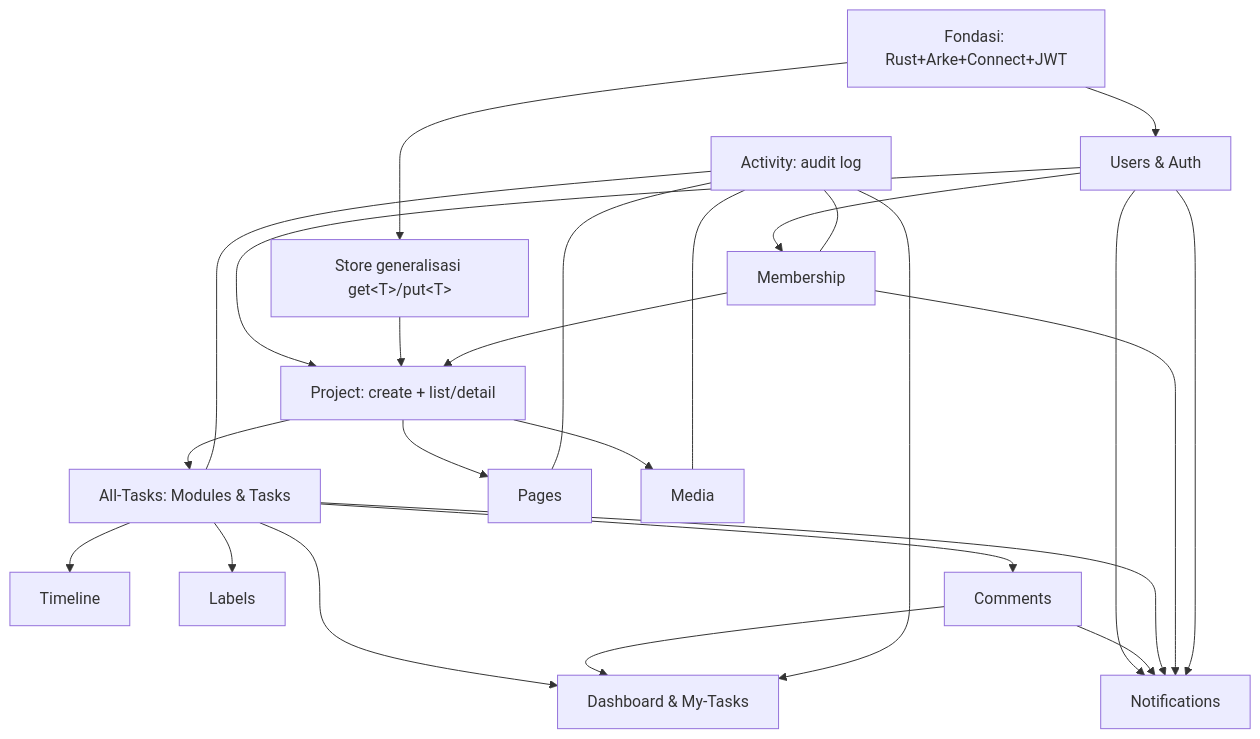
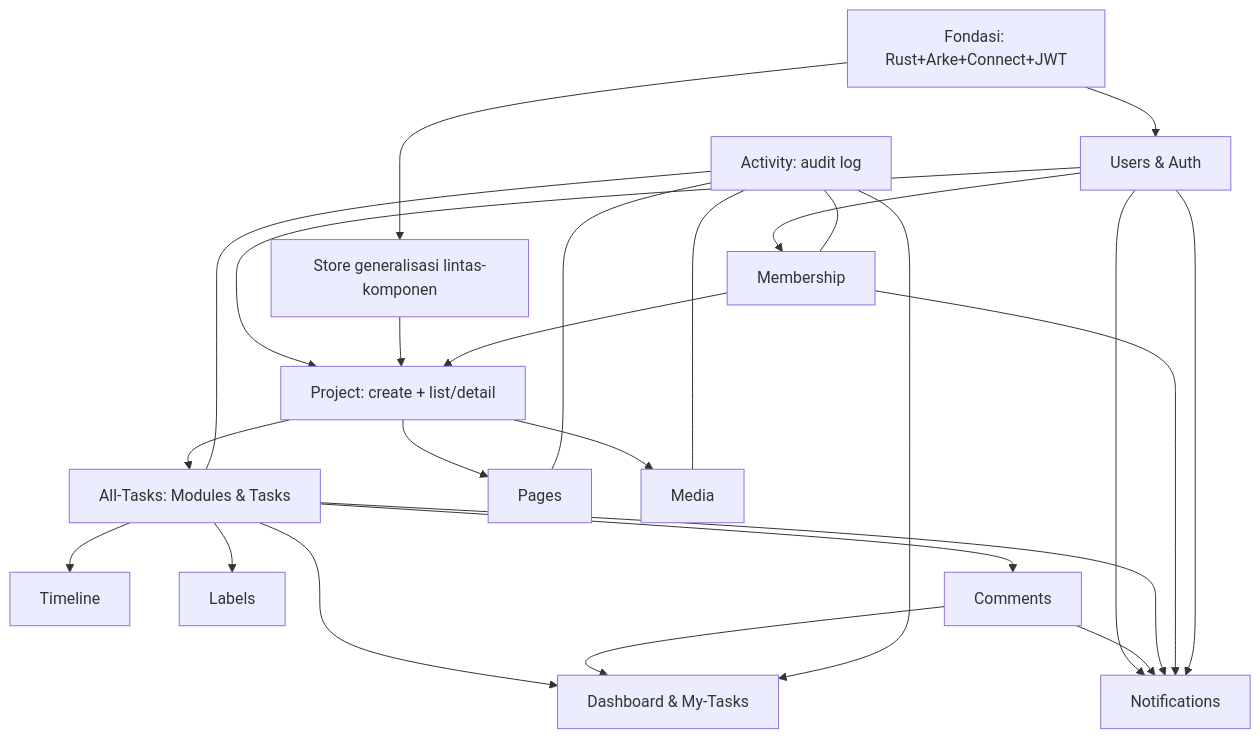
Before and after one commit to dalfiannur/task-management: the diagram in docs/superpowers/specs/2026-07-29-implementation-order.md, drawn with Mermaid. The commit also changed other lines of this file, not shown here.

Commit message:
docs: tighten implementation-order (mermaid label, fan-out cross-ref precision)

````diff
--- a/docs/superpowers/specs/2026-07-29-implementation-order.md
+++ b/docs/superpowers/specs/2026-07-29-implementation-order.md
@@ -11,27 +11,27 @@
 ```mermaid
 graph TD
   F[Fondasi: Rust+Arke+Connect+JWT] --> U[Users & Auth]
-  F --> STORE[Store generalisasi get&lt;T&gt;/put&lt;T&gt;]
+  F --> STORE[Store generalisasi lintas-komponen]
   U --> P[Project: create + list/detail]
   STORE --> P
   MEM[Membership] --> P
   U --> MEM
   P --> AT[All-Tasks: Modules & Tasks]
   P --> PG[Pages]
   P --> MD[Media]
   AT --> TL[Timeline]
   AT --> LB[Labels]
   AT --> CM[Comments]
   U --> NT[Notifications]
   CM --> NT
   AT --> NT
   MEM --> NT
   U --> NT
   ACT[Activity: audit log] --- AT
   ACT --- PG
   ACT --- MD
   ACT --- MEM
   AT --> DSH[Dashboard & My-Tasks]
   CM --> DSH
   ACT --> DSH
 ```
````
